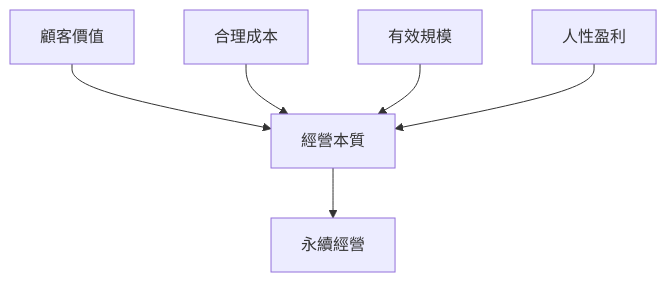
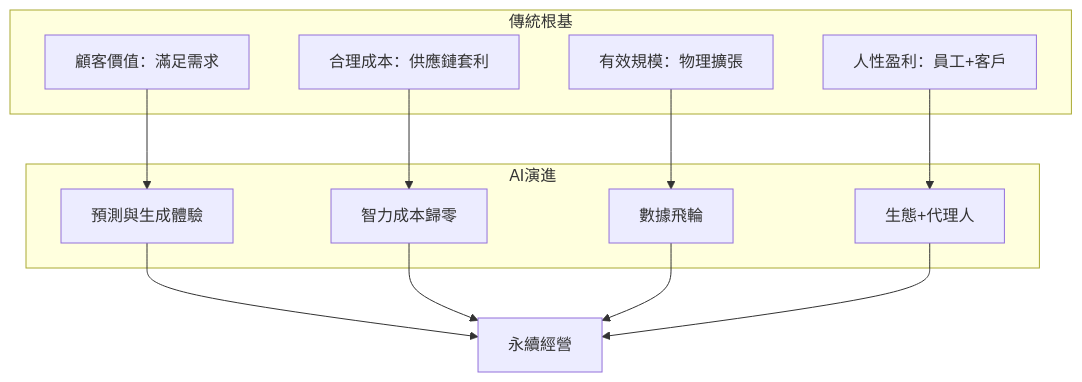
One commit to howjerry/Books changed the diagram in essence-of-management/manuscript/chapters/01-basic-elements.md. Above: the diagram before and after it, drawn with Mermaid. The commit also changed other lines of this file and 9 other files, not shown here.

````diff
--- a/essence-of-management/manuscript/chapters/01-basic-elements.md
+++ b/essence-of-management/manuscript/chapters/01-basic-elements.md
@@ -46,8 +73,26 @@
 ```mermaid
-graph TD
-    A[顧客價值] --> E[經營本質]
-    B[合理成本] --> E
-    C[有效規模] --> E
-    D[人性盈利] --> E
-    E --> F[永續經營]
+graph TB
+    subgraph 傳統根基
+        T1[顧客價值：滿足需求]
+        T2[合理成本：供應鏈套利]
+        T3[有效規模：物理擴張]
+        T4[人性盈利：員工+客戶]
+    end
+
+    subgraph AI演進
+        A1[預測與生成體驗]
+        A2[智力成本歸零]
+        A3[數據飛輪]
+        A4[生態+代理人]
+    end
+
+    T1 --> A1
+    T2 --> A2
+    T3 --> A3
+    T4 --> A4
+
+    A1 --> E[永續經營]
+    A2 --> E
+    A3 --> E
+    A4 --> E
 ```
````
